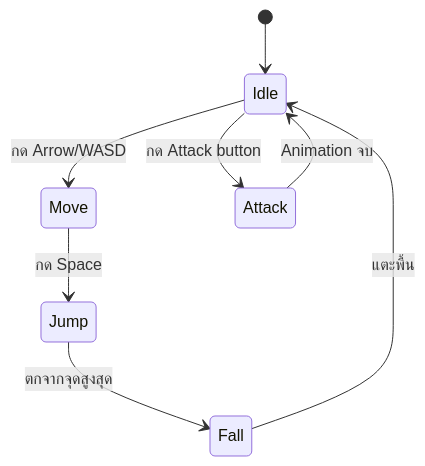
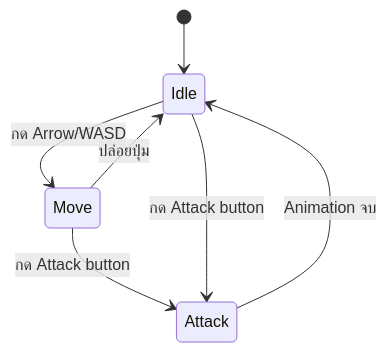
The first of 2 diagrams in [OldHeart]-game/docs/01_GDD/03-mechanics.md (Boom740/OldHeart), drawn with Mermaid before and after one commit. The commit also changed other lines of this file and 4 other files, not shown here.

Commit message:
Update core loop controls and mechanics documentation; add asset pipeline flow diagram

````diff
--- a/[OldHeart]-game/docs/01_GDD/03-mechanics.md
+++ b/[OldHeart]-game/docs/01_GDD/03-mechanics.md
@@ -11,10 +10,9 @@
 ```mermaid
 stateDiagram-v2
     [*] --> Idle
     Idle --> Move : กด Arrow/WASD
-    Move --> Jump : กด Space
-    Jump --> Fall : ตกจากจุดสูงสุด
-    Fall --> Idle : แตะพื้น
+    Move --> Idle : ปล่อยปุ่ม
+    Move --> Attack : กด Attack button
     Idle --> Attack : กด Attack button
     Attack --> Idle : Animation จบ
 ```
````
